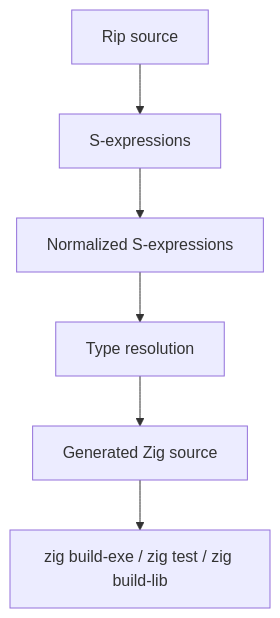
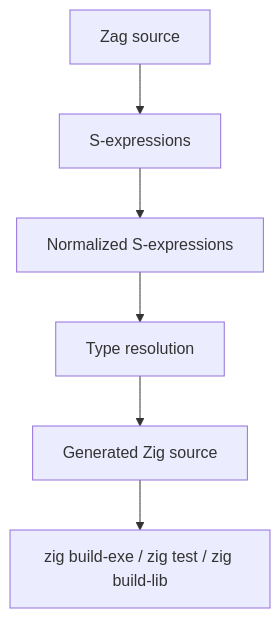
Before and after one commit to shreeve/rip: the first of 2 diagrams in docs/architecture.md, drawn with Mermaid. The commit also changed other lines of this file and 21 other files, not shown here.

First line of the commit message:
Rename language from Rip to Zag

````diff
--- a/docs/architecture.md
+++ b/docs/architecture.md
@@ -17,8 +17,8 @@
 ```mermaid
 flowchart TD
-  ripSource["Rip source"] --> sexps["S-expressions"]
+  zagSource["Zag source"] --> sexps["S-expressions"]
   sexps --> normalizedSexps["Normalized S-expressions"]
   normalizedSexps --> typeResolution["Type resolution"]
   typeResolution --> zigSource["Generated Zig source"]
   zigSource --> zigCompiler["zig build-exe / zig test / zig build-lib"]
 ```
````
